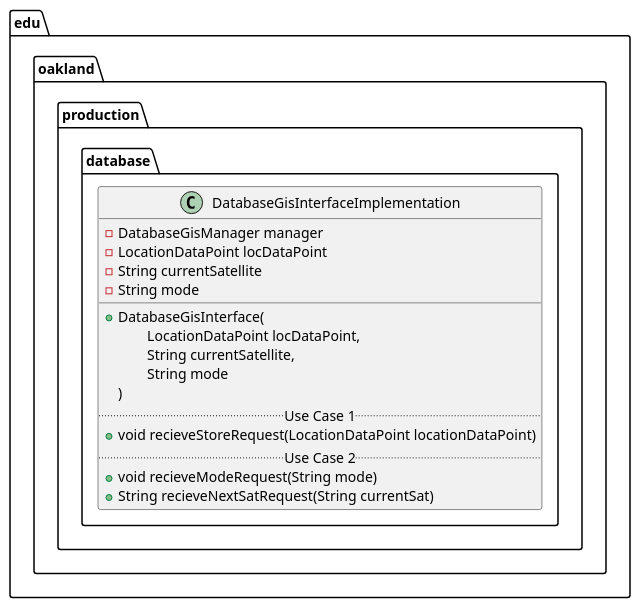
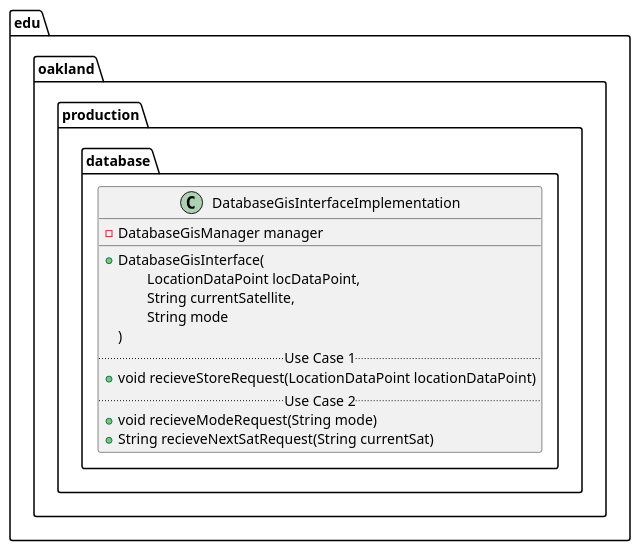
The diagram in docs/uml-class-diagrams/database/production/DatabaseGisInterfaceImplementation/DatabaseGisInterfaceImplementation.puml (andrewdimmer/csi-3370-software-project), drawn with PlantUML before and after one commit.

```diff
--- a/docs/uml-class-diagrams/database/production/DatabaseGisInterfaceImplementation/DatabaseGisInterfaceImplementation.puml
+++ b/docs/uml-class-diagrams/database/production/DatabaseGisInterfaceImplementation/DatabaseGisInterfaceImplementation.puml
@@ -1,23 +1,20 @@
 @startuml DatabaseGisInterfaceImplementation
 
 package edu.oakland.production.database {
     class DatabaseGisInterfaceImplementation {
         - DatabaseGisManager manager
-        - LocationDataPoint locDataPoint
-        - String currentSatellite
-        - String mode
         __
         + DatabaseGisInterface( 
         \tLocationDataPoint locDataPoint,  
         \tString currentSatellite,
         \tString mode
         )
         .. Use Case 1 ..
         + void recieveStoreRequest(LocationDataPoint locationDataPoint)
         .. Use Case 2 ..
         + void recieveModeRequest(String mode)
         + String recieveNextSatRequest(String currentSat)
     }
 }
 
 @enduml
```
